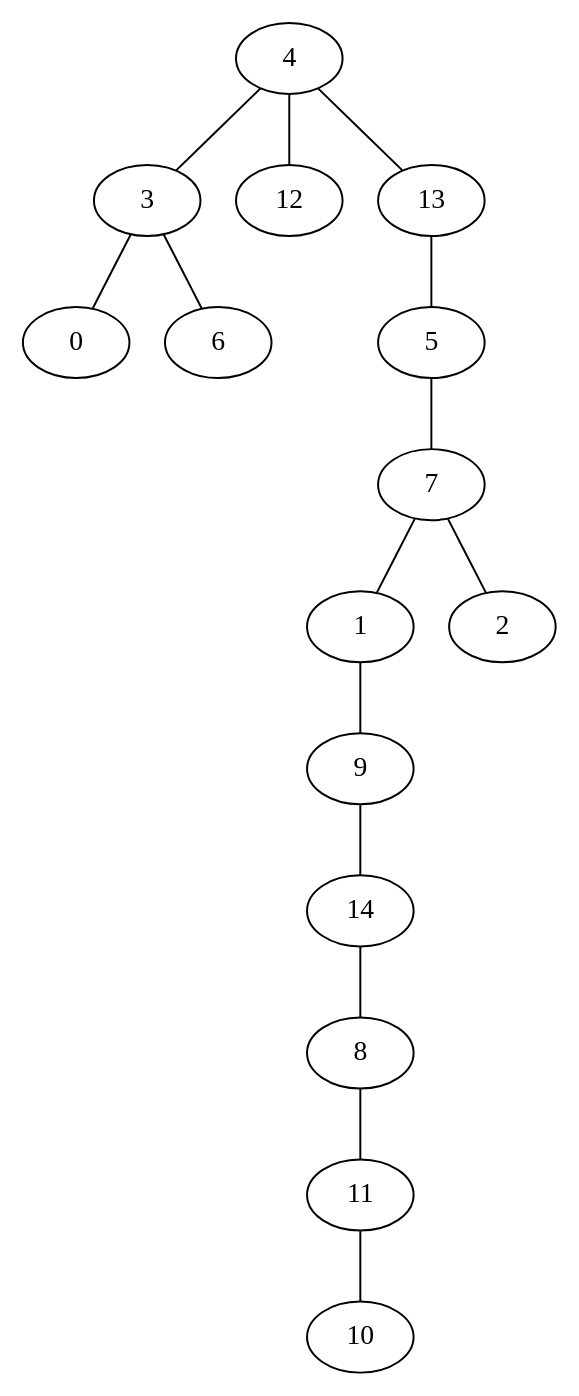
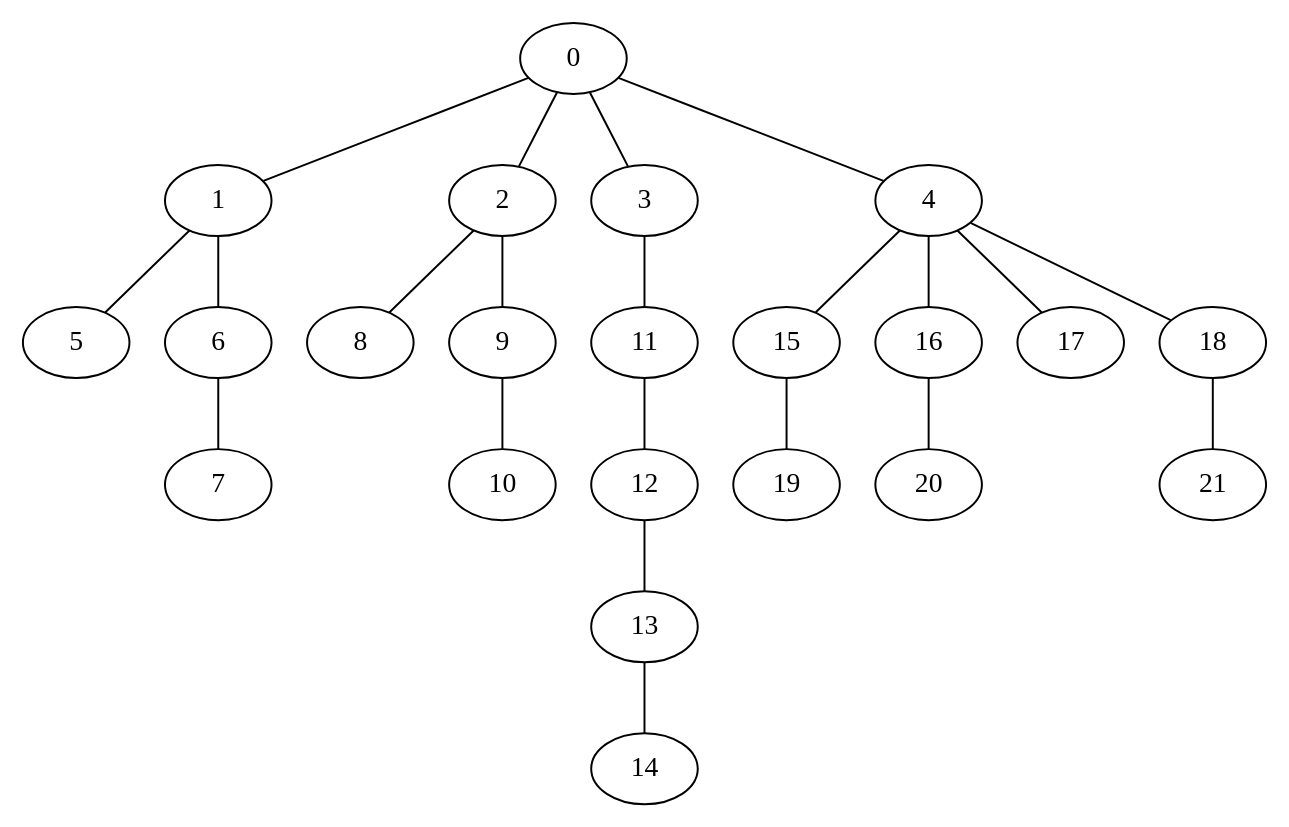
Before and after one commit to VillegasGG/greedy-firefighter-problem: the diagram in pygrapghviz.dot, drawn with Graphviz. The commit also changed 5 other files, not shown here.

```diff
--- a/pygrapghviz.dot
+++ b/pygrapghviz.dot
@@ -1,16 +1,23 @@
 strict graph "" {
-	4 -- 3;
-	4 -- 12;
-	4 -- 13;
-	3 -- 0;
-	3 -- 6;
-	13 -- 5;
-	5 -- 7;
-	7 -- 1;
-	7 -- 2;
-	1 -- 9;
-	9 -- 14;
-	14 -- 8;
-	8 -- 11;
-	11 -- 10;
+	0 -- 1;
+	0 -- 2;
+	0 -- 3;
+	0 -- 4;
+	1 -- 5;
+	1 -- 6;
+	2 -- 8;
+	2 -- 9;
+	3 -- 11;
+	4 -- 15;
+	4 -- 16;
+	4 -- 17;
+	4 -- 18;
+	15 -- 19;
+	16 -- 20;
+	18 -- 21;
+	11 -- 12;
+	12 -- 13;
+	13 -- 14;
+	9 -- 10;
+	6 -- 7;
 }
```
